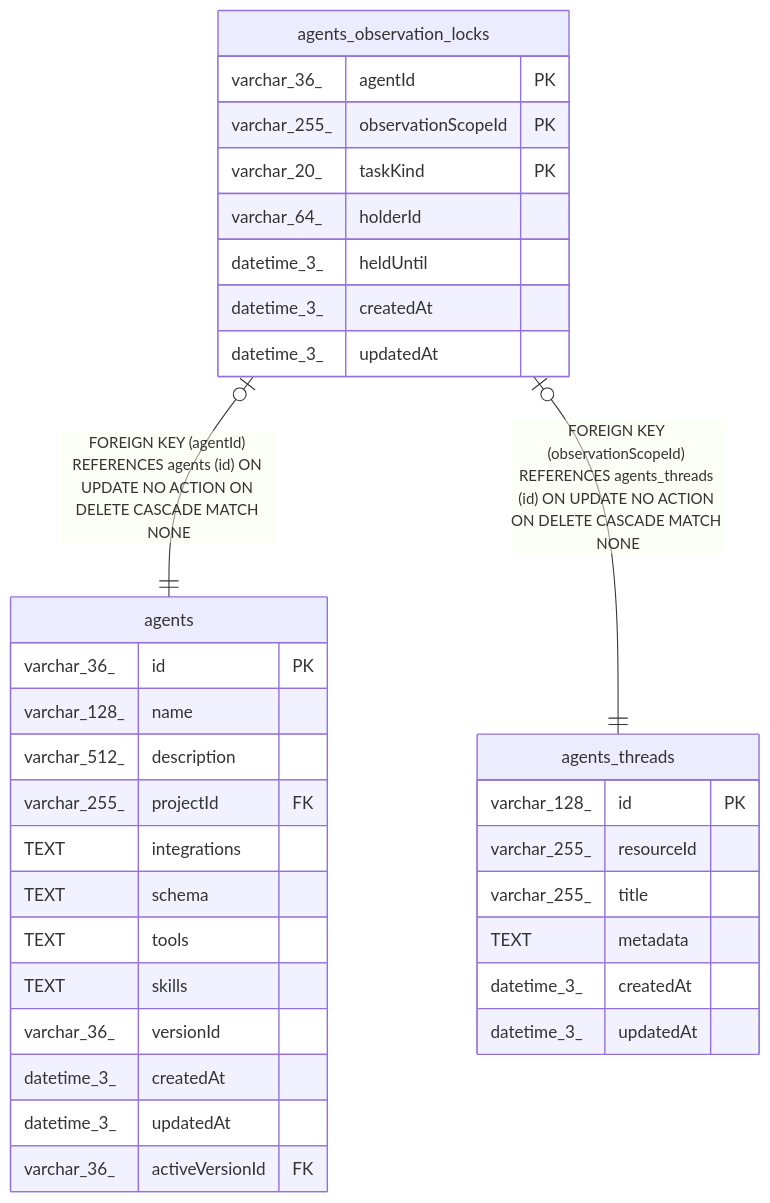
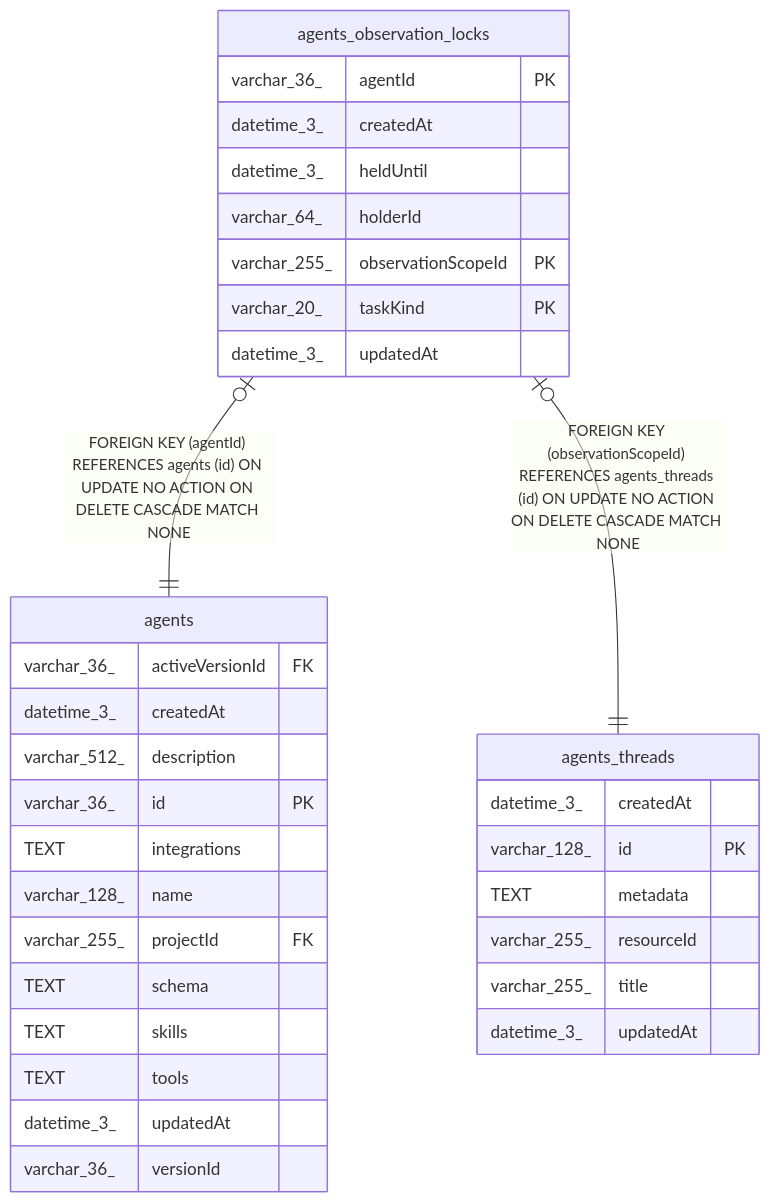
The diagram in docs/generated/sqlite-schema/agents_observation_locks.md (mayankjain1815-commits/n8n), drawn with Mermaid before and after one commit. The commit also changed other lines of this file and 221 other files, not shown here.

Commit message:
chore(core): Make DB schema docs generation deterministic (#32373)

````diff
--- a/docs/generated/sqlite-schema/agents_observation_locks.md
+++ b/docs/generated/sqlite-schema/agents_observation_locks.md
@@ -47,38 +47,38 @@
 ```mermaid
 erDiagram
 
 "agents_observation_locks" |o--|| "agents" : "FOREIGN KEY (agentId) REFERENCES agents (id) ON UPDATE NO ACTION ON DELETE CASCADE MATCH NONE"
 "agents_observation_locks" |o--|| "agents_threads" : "FOREIGN KEY (observationScopeId) REFERENCES agents_threads (id) ON UPDATE NO ACTION ON DELETE CASCADE MATCH NONE"
 
 "agents_observation_locks" {
   varchar_36_ agentId PK
+  datetime_3_ createdAt
+  datetime_3_ heldUntil
+  varchar_64_ holderId
   varchar_255_ observationScopeId PK
   varchar_20_ taskKind PK
-  varchar_64_ holderId
-  datetime_3_ heldUntil
-  datetime_3_ createdAt
   datetime_3_ updatedAt
 }
 "agents" {
+  varchar_36_ activeVersionId FK
+  datetime_3_ createdAt
+  varchar_512_ description
   varchar_36_ id PK
+  TEXT integrations
   varchar_128_ name
-  varchar_512_ description
   varchar_255_ projectId FK
-  TEXT integrations
   TEXT schema
+  TEXT skills
   TEXT tools
-  TEXT skills
+  datetime_3_ updatedAt
   varchar_36_ versionId
-  datetime_3_ createdAt
-  datetime_3_ updatedAt
-  varchar_36_ activeVersionId FK
 }
 "agents_threads" {
+  datetime_3_ createdAt
   varchar_128_ id PK
+  TEXT metadata
   varchar_255_ resourceId
   varchar_255_ title
-  TEXT metadata
-  datetime_3_ createdAt
   datetime_3_ updatedAt
 }
 ```
````
